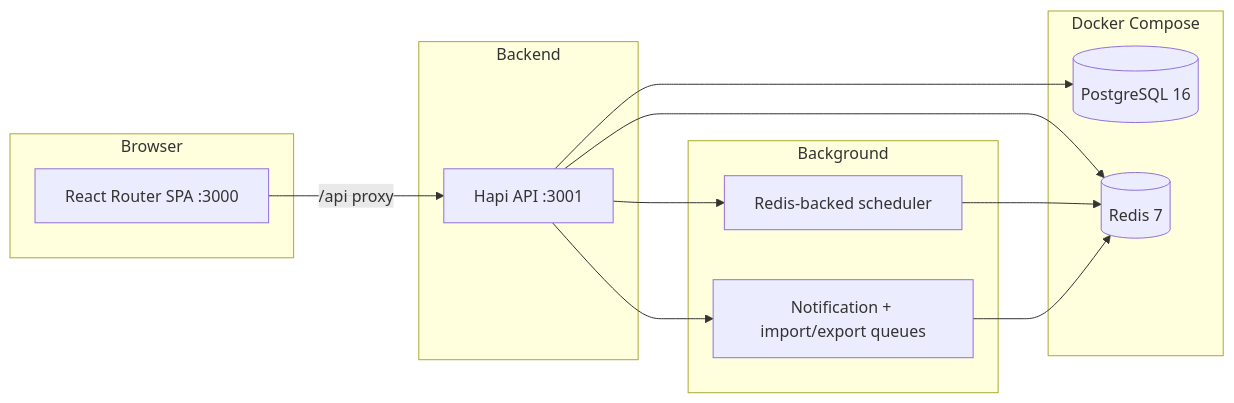
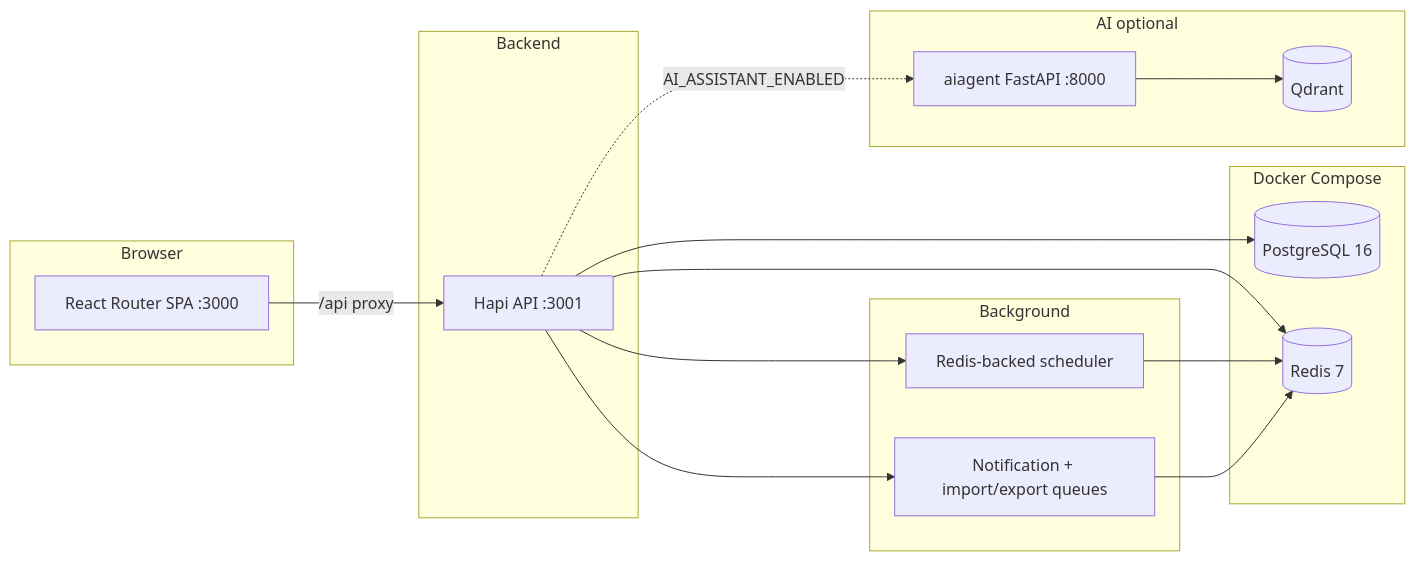
Before and after one commit to mdemou/ninjassets: the diagram in README.md, drawn with Mermaid. The commit also changed other lines of this file and 115 other files, not shown here.

````diff
--- a/README.md
+++ b/README.md
@@ -71,24 +72,30 @@
 ```mermaid
 flowchart LR
   subgraph client [Browser]
     SPA[React Router SPA :3000]
   end
   subgraph api [Backend]
     Hapi[Hapi API :3001]
+  end
+  subgraph ai [AI optional]
+    AG[aiagent FastAPI :8000]
+    QD[(Qdrant)]
   end
   subgraph infra [Docker Compose]
     PG[(PostgreSQL 16)]
     RD[(Redis 7)]
   end
   subgraph jobs [Background]
     SCH[Redis-backed scheduler]
     Q[Notification + import/export queues]
   end
   SPA -->|"/api proxy"| Hapi
   Hapi --> PG
   Hapi --> RD
   Hapi --> SCH
   Hapi --> Q
+  Hapi -.->|AI_ASSISTANT_ENABLED| AG
+  AG --> QD
   SCH --> RD
   Q --> RD
 ```
````
